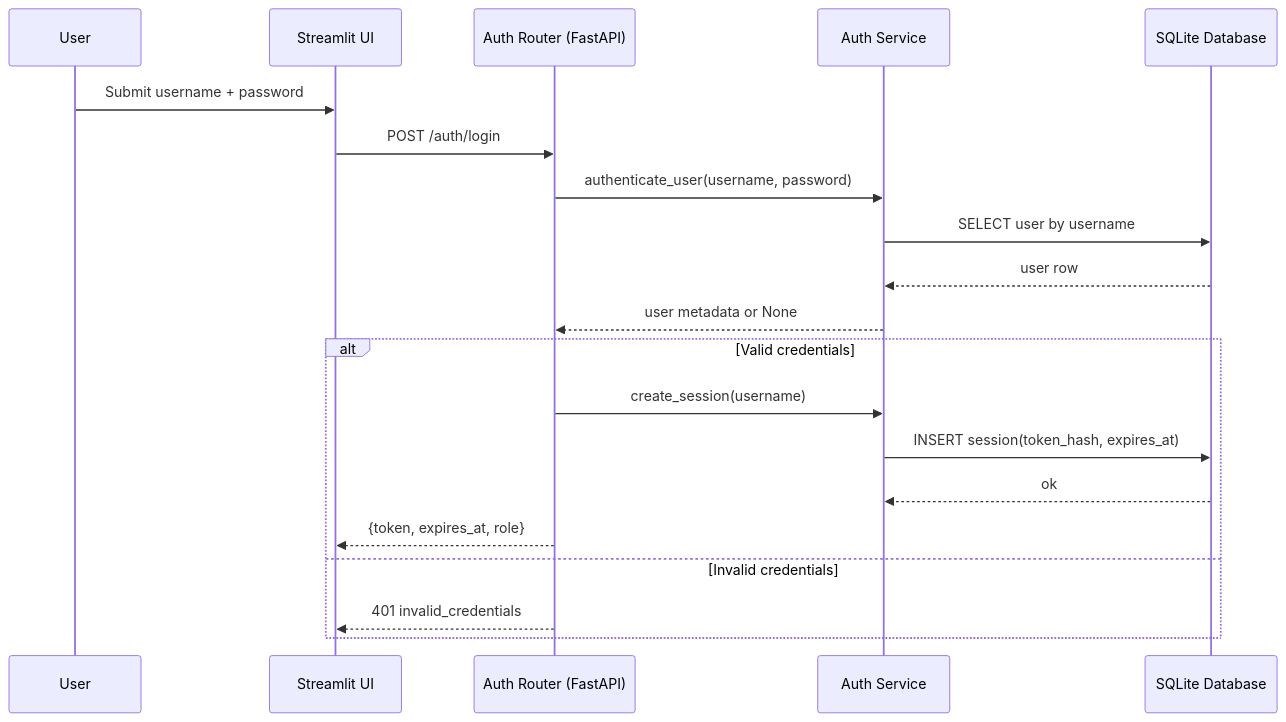
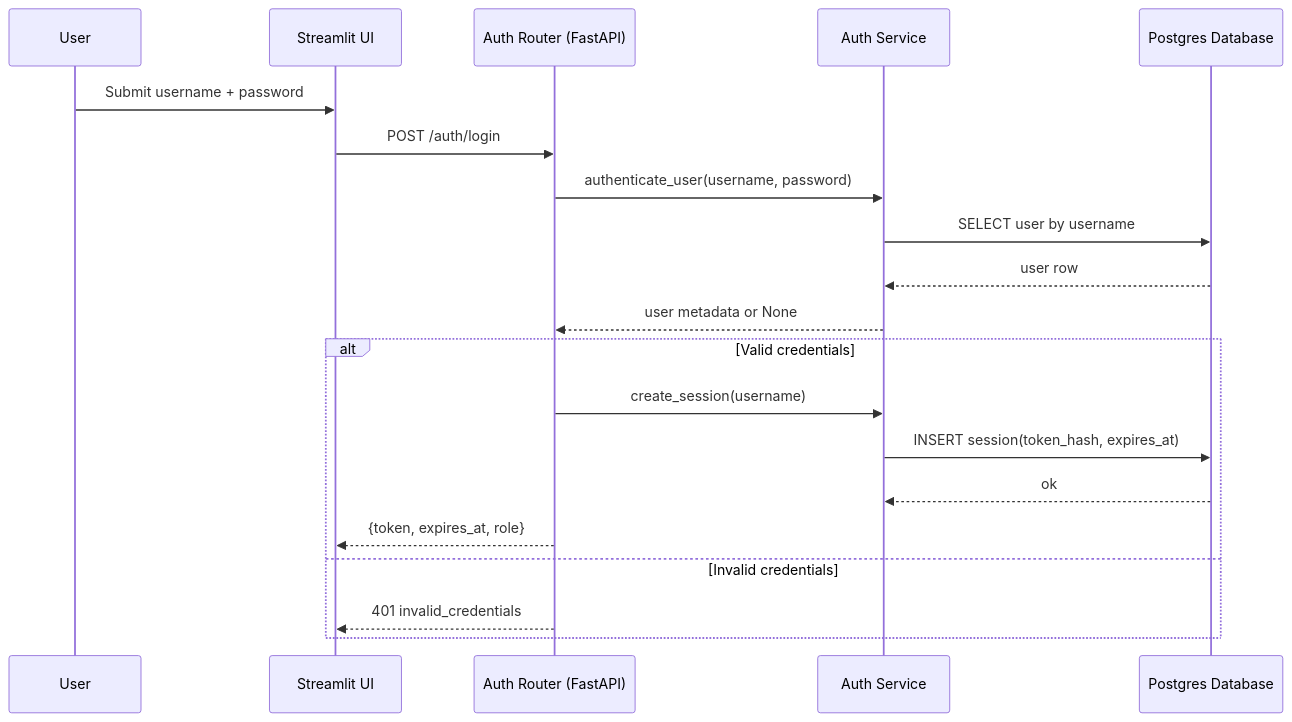
One commit to JustinMelger/Upstream changed the second of 13 diagrams in docs/architecture.md. Above: the diagram before and after it, drawn with Mermaid. The commit also changed other lines of this file and 66 other files, not shown here.

````diff
--- a/docs/architecture.md
+++ b/docs/architecture.md
@@ -39,24 +39,24 @@
 ```mermaid
 sequenceDiagram
   participant User as User
   participant UI as Streamlit UI
   participant API as Auth Router (FastAPI)
   participant Auth as Auth Service
-  participant DB as SQLite Database
+  participant DB as Postgres Database
 
   User->>UI: Submit username + password
   UI->>API: POST /auth/login
   API->>Auth: authenticate_user(username, password)
   Auth->>DB: SELECT user by username
   DB-->>Auth: user row
   Auth-->>API: user metadata or None
 
   alt Valid credentials
     API->>Auth: create_session(username)
     Auth->>DB: INSERT session(token_hash, expires_at)
     DB-->>Auth: ok
     API-->>UI: {token, expires_at, role}
   else Invalid credentials
     API-->>UI: 401 invalid_credentials
   end
 ```
````
